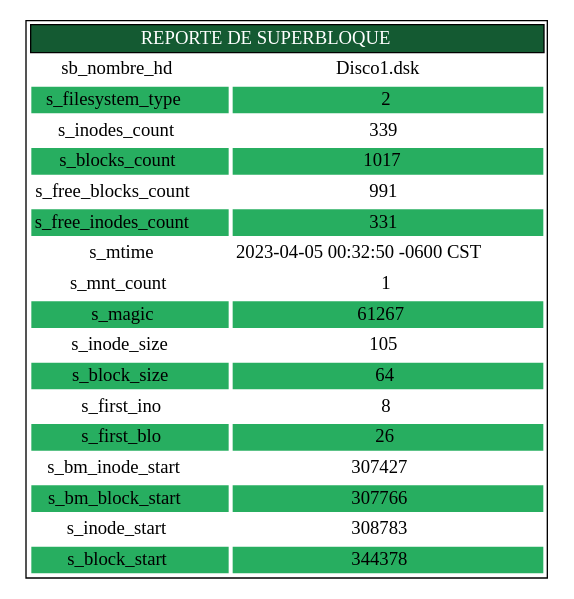
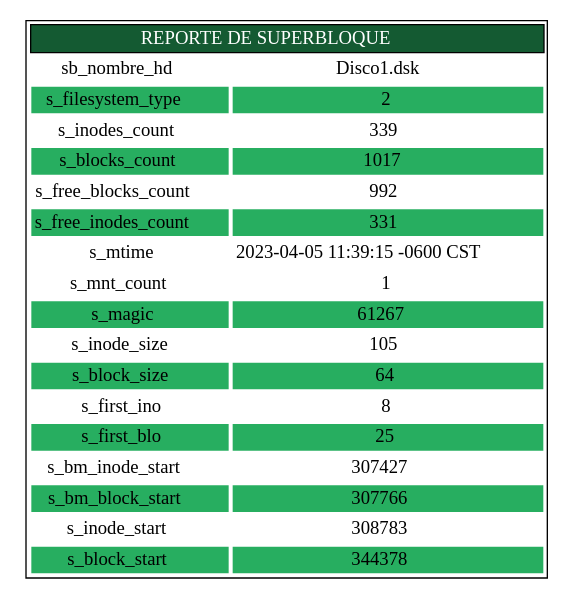
The diagram in Backend/Reportes/DOTS/reporteSb.dot (EstuardoSon/P2_MIA_202003894), drawn with Graphviz before and after one commit. The commit also changed 7 other files, not shown here.

```diff
--- a/Backend/Reportes/DOTS/reporteSb.dot
+++ b/Backend/Reportes/DOTS/reporteSb.dot
@@ -1,23 +1,23 @@
 digraph G {
 node[shape=none]
 start[label=<<table>
 <tr><td colspan="2" bgcolor="#145a32"><font color="white">REPORTE DE SUPERBLOQUE</font></td></tr>
 <tr><td color="white">sb_nombre_hd</td><td color="white">Disco1.dsk</td></tr>
 <tr><td bgcolor="#27ae60" color="white">s_filesystem_type</td><td bgcolor="#27ae60" color="white">2</td></tr>
 <tr><td color="white">s_inodes_count</td><td color="white">339</td></tr>
 <tr><td bgcolor="#27ae60" color="white">s_blocks_count</td><td bgcolor="#27ae60" color="white">1017</td></tr>
-<tr><td color="white">s_free_blocks_count</td><td color="white">991</td></tr>
+<tr><td color="white">s_free_blocks_count</td><td color="white">992</td></tr>
 <tr><td bgcolor="#27ae60" color="white">s_free_inodes_count</td><td bgcolor="#27ae60" color="white">331</td></tr>
-<tr><td color="white">s_mtime</td><td color="white">2023-04-05 00:32:50 -0600 CST</td></tr>
+<tr><td color="white">s_mtime</td><td color="white">2023-04-05 11:39:15 -0600 CST</td></tr>
 <tr><td color="white">s_mnt_count</td><td color="white">1</td></tr>
 <tr><td bgcolor="#27ae60" color="white">s_magic</td><td bgcolor="#27ae60" color="white">61267</td></tr>
 <tr><td color="white">s_inode_size</td><td color="white">105</td></tr>
 <tr><td bgcolor="#27ae60" color="white">s_block_size</td><td bgcolor="#27ae60" color="white">64</td></tr>
 <tr><td color="white">s_first_ino</td><td color="white">8</td></tr>
-<tr><td bgcolor="#27ae60" color="white">s_first_blo</td><td bgcolor="#27ae60" color="white">26</td></tr>
+<tr><td bgcolor="#27ae60" color="white">s_first_blo</td><td bgcolor="#27ae60" color="white">25</td></tr>
 <tr><td color="white">s_bm_inode_start</td><td color="white">307427</td></tr>
 <tr><td bgcolor="#27ae60" color="white">s_bm_block_start</td><td bgcolor="#27ae60" color="white">307766</td></tr>
 <tr><td color="white">s_inode_start</td><td color="white">308783</td></tr>
 <tr><td bgcolor="#27ae60" color="white">s_block_start</td><td bgcolor="#27ae60" color="white">344378</td></tr>
 </table>>];
 }
```
